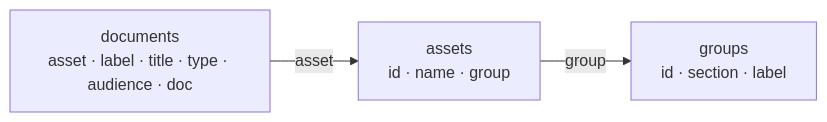
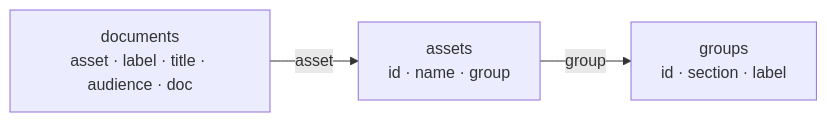
The diagram in plans/2026-10-09-registry-schema.md (asrc-nanofab/nanodocs), drawn with Mermaid before and after one commit. The commit also changed other lines of this file and 3 other files, not shown here.

Commit message:
Update registry schema plan and sample sheets

````diff
--- a/plans/2026-10-09-registry-schema.md
+++ b/plans/2026-10-09-registry-schema.md
@@ -43,8 +43,8 @@
 ```mermaid
 flowchart LR
   groups["groups<br/>id · section · label"]
   assets["assets<br/>id · name · group"]
-  documents["documents<br/>asset · label · title · type · audience · doc"]
+  documents["documents<br/>asset · label · title · audience · doc"]
   assets -- "group" --> groups
   documents -- "asset" --> assets
 ```
````
